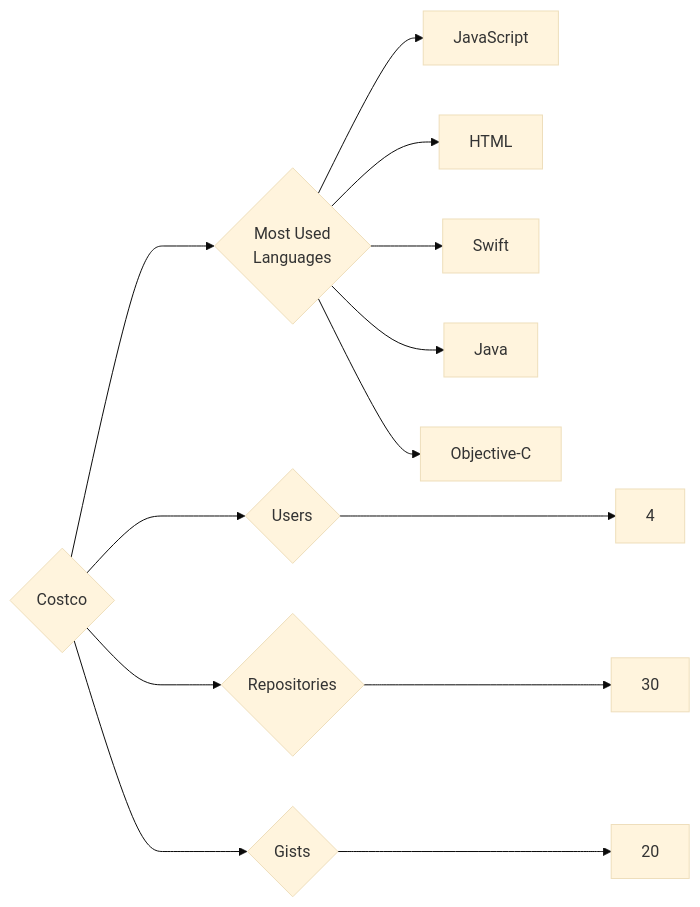
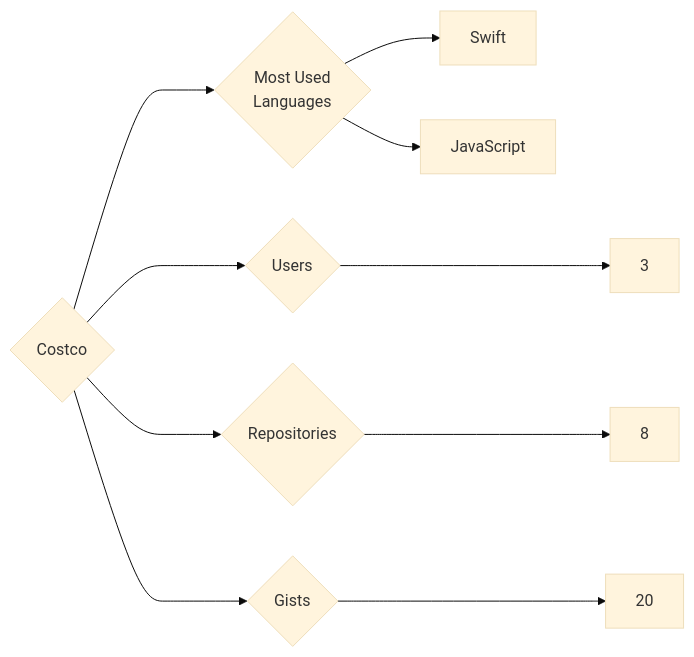
The diagram in targets/Costco/README.md (trickest/insiders), drawn with Mermaid (base theme) before and after one commit. The commit also changed 938 other files, not shown here.

````diff
--- a/targets/Costco/README.md
+++ b/targets/Costco/README.md
@@ -3,13 +3,10 @@
 ```mermaid
 graph LR
 COMPANY_NAME{Costco}
-COMPANY_NAME ---> U{Users} ---> UN[4]
-COMPANY_NAME ---> R{Repositories} ---> RN[30]
+COMPANY_NAME ---> U{Users} ---> UN[3]
+COMPANY_NAME ---> R{Repositories} ---> RN[8]
 COMPANY_NAME ---> G{Gists} ---> GN[20]
 COMPANY_NAME ---> ML{Most Used<br>Languages}
+ML --> Swift[Swift]
 ML --> JavaScript[JavaScript]
-ML --> HTML[HTML]
-ML --> Swift[Swift]
-ML --> Java[Java]
-ML --> Objective-C[Objective-C]
 ```
````
